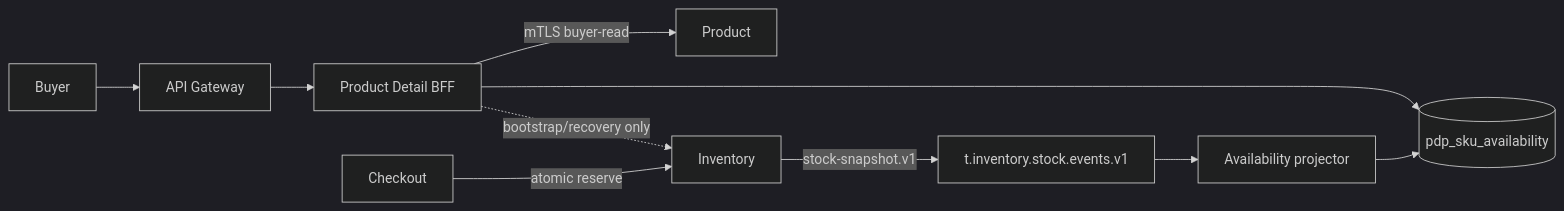
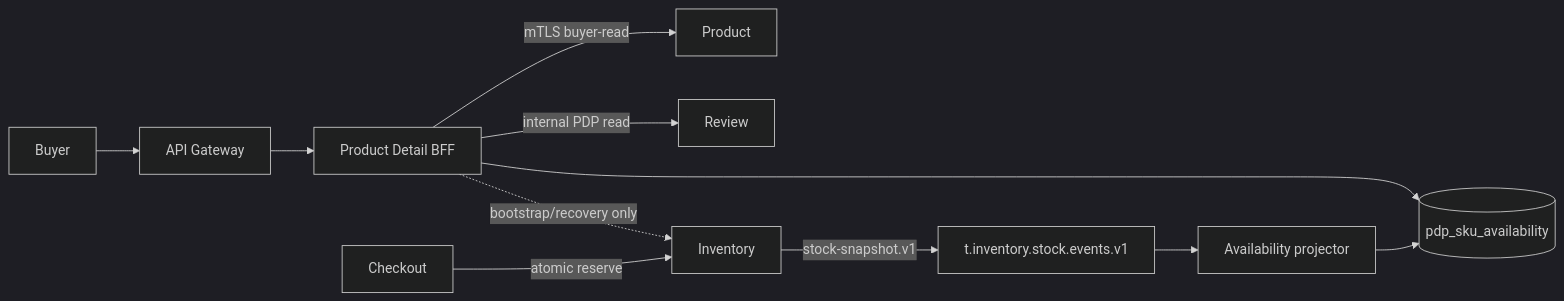
One commit to quangdung2110/e-commerce-microservices changed the diagram in docs/product-detail-bff/architecture.md. Above: the diagram before and after it, drawn with Mermaid (dark theme). The commit also changed other lines of this file and 34 other files, not shown here.

Commit message:
docs: keep review domain separate from product detail bff

````diff
--- a/docs/product-detail-bff/architecture.md
+++ b/docs/product-detail-bff/architecture.md
@@ -12,12 +12,13 @@
 ```mermaid
 flowchart LR
   B[Buyer] --> G[API Gateway]
   G --> BFF[Product Detail BFF]
   BFF -->|mTLS buyer-read| P[Product]
   BFF --> PG[(pdp_sku_availability)]
+  BFF -->|internal PDP read| R[Review]
   I[Inventory] -->|stock-snapshot.v1| K[t.inventory.stock.events.v1]
   K --> W[Availability projector]
   W --> PG
   BFF -.bootstrap/recovery only.-> I
   CO[Checkout] -->|atomic reserve| I
 ```
````
